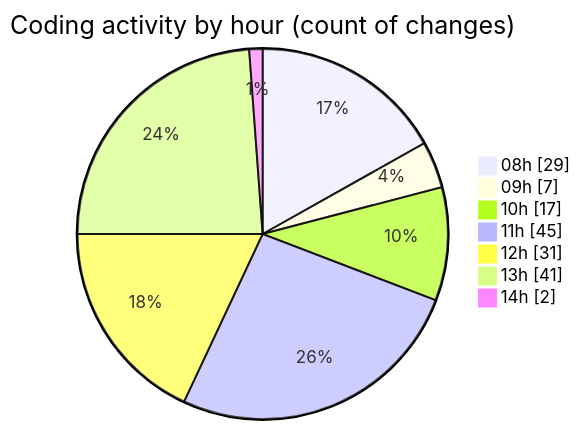
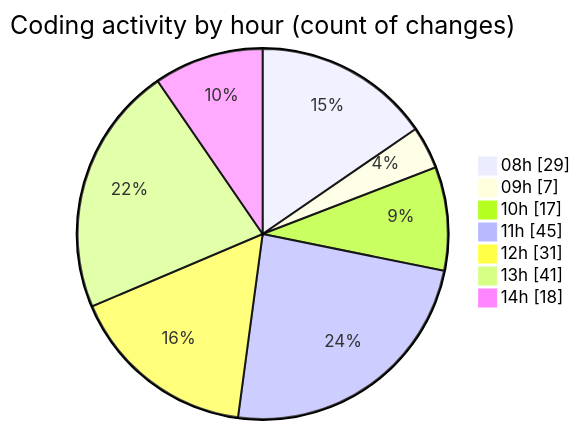
The second of 2 diagrams in 2025-04-09/cda/README.md (momahboobian/code-tracking), drawn with Mermaid before and after one commit. The commit also changed other lines of this file and 1 other file, not shown here.

````diff
--- a/2025-04-09/cda/README.md
+++ b/2025-04-09/cda/README.md
@@ -55,11 +56,11 @@
 ```mermaid
 pie showData
 title Coding activity by hour (count of changes)
 "08h" : 29
 "09h" : 7
 "10h" : 17
 "11h" : 45
 "12h" : 31
 "13h" : 41
-"14h" : 2
+"14h" : 18
 ```
````
